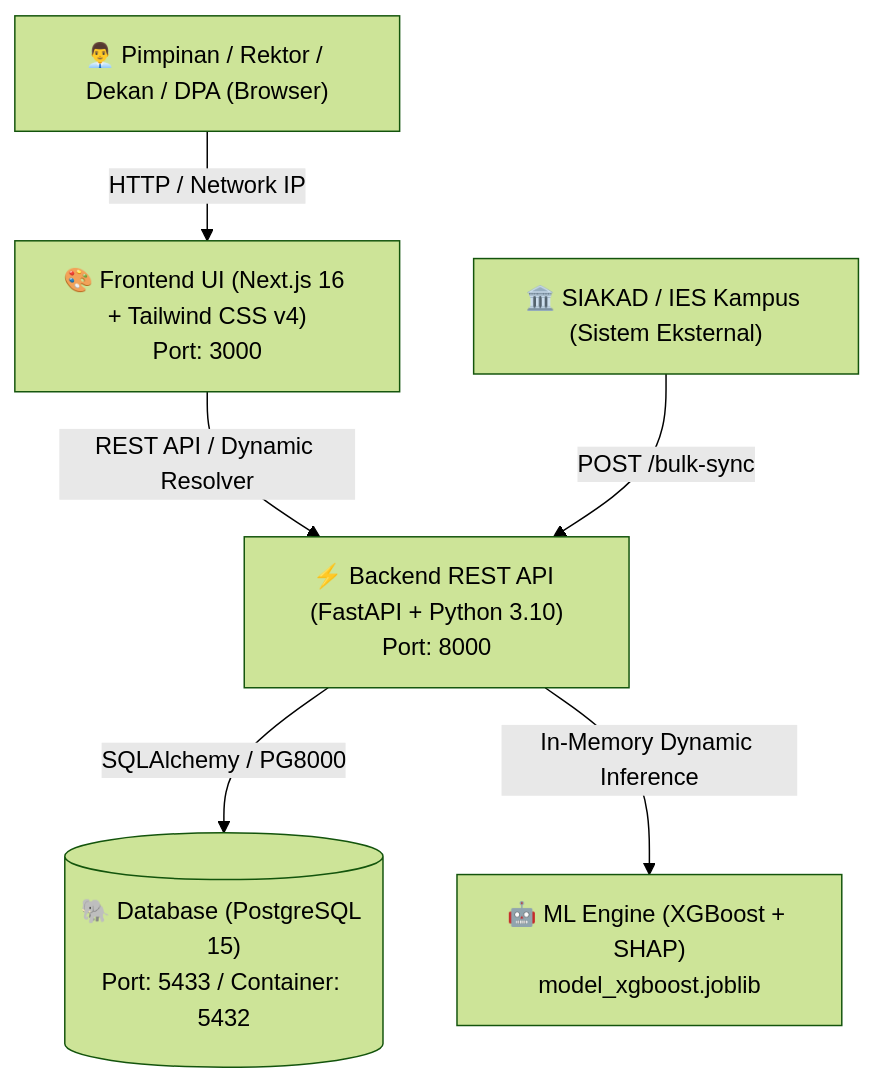
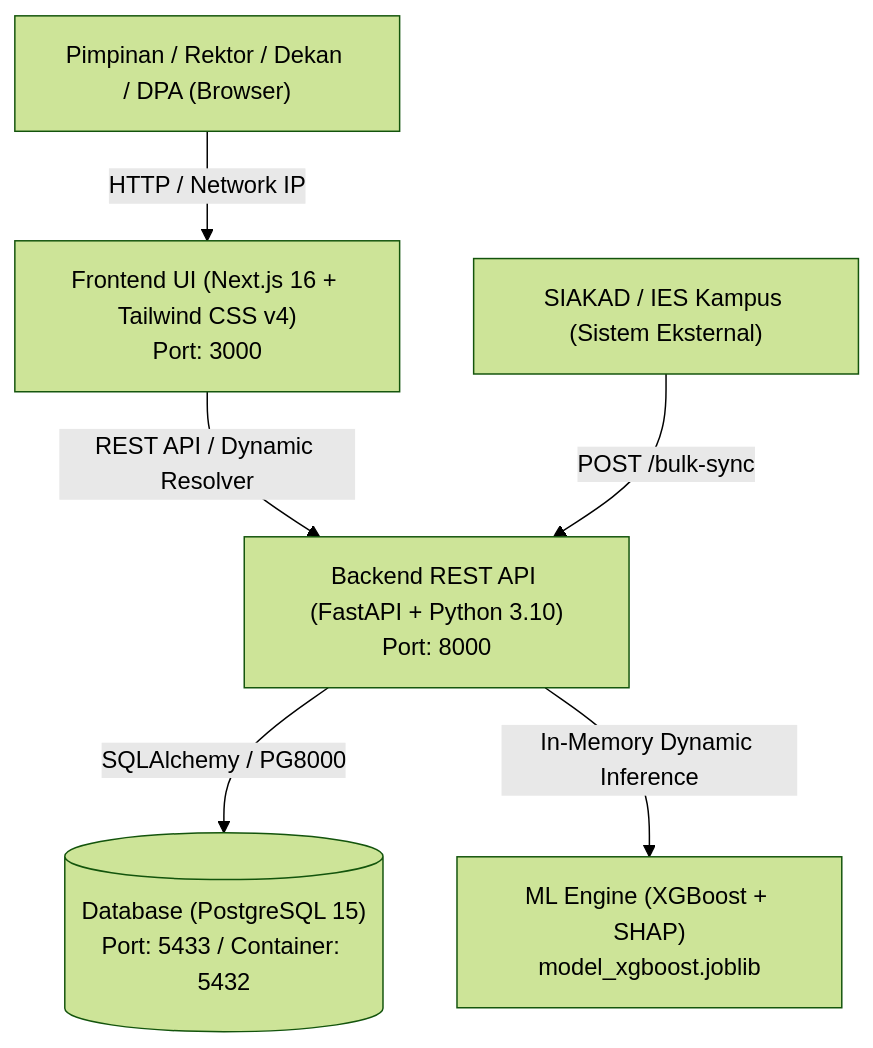
The first of 3 diagrams in DOCUMENTATION.md (wahyusatya/Prediksi-DO-XGBoost-SHAP_Magang), drawn with Mermaid (forest theme) before and after one commit. The commit also changed other lines of this file and 2 other files, not shown here.

Commit message:
Penghapusan icon di dokumentasi

````diff
--- a/DOCUMENTATION.md
+++ b/DOCUMENTATION.md
@@ -12,15 +12,15 @@
 ```mermaid
 graph TD
-    User["👨‍💼 Pimpinan / Rektor / Dekan / DPA (Browser)"]
-    FE["🎨 Frontend UI (Next.js 16 + Tailwind CSS v4)<br/>Port: 3000"]
-    BE["⚡ Backend REST API (FastAPI + Python 3.10)<br/>Port: 8000"]
-    DB[("🐘 Database (PostgreSQL 15)<br/>Port: 5433 / Container: 5432")]
-    ML["🤖 ML Engine (XGBoost + SHAP)<br/>model_xgboost.joblib"]
-    SIAKAD["🏛️ SIAKAD / IES Kampus (Sistem Eksternal)"]
+    User["Pimpinan / Rektor / Dekan / DPA (Browser)"]
+    FE["Frontend UI (Next.js 16 + Tailwind CSS v4)<br/>Port: 3000"]
+    BE["Backend REST API (FastAPI + Python 3.10)<br/>Port: 8000"]
+    DB[("Database (PostgreSQL 15)<br/>Port: 5433 / Container: 5432")]
+    ML["ML Engine (XGBoost + SHAP)<br/>model_xgboost.joblib"]
+    SIAKAD["SIAKAD / IES Kampus (Sistem Eksternal)"]
 
     User -->|HTTP / Network IP| FE
     FE -->|REST API / Dynamic Resolver| BE
     SIAKAD -->|POST /bulk-sync| BE
     BE -->|SQLAlchemy / PG8000| DB
     BE -->|In-Memory Dynamic Inference| ML
 ```
````
